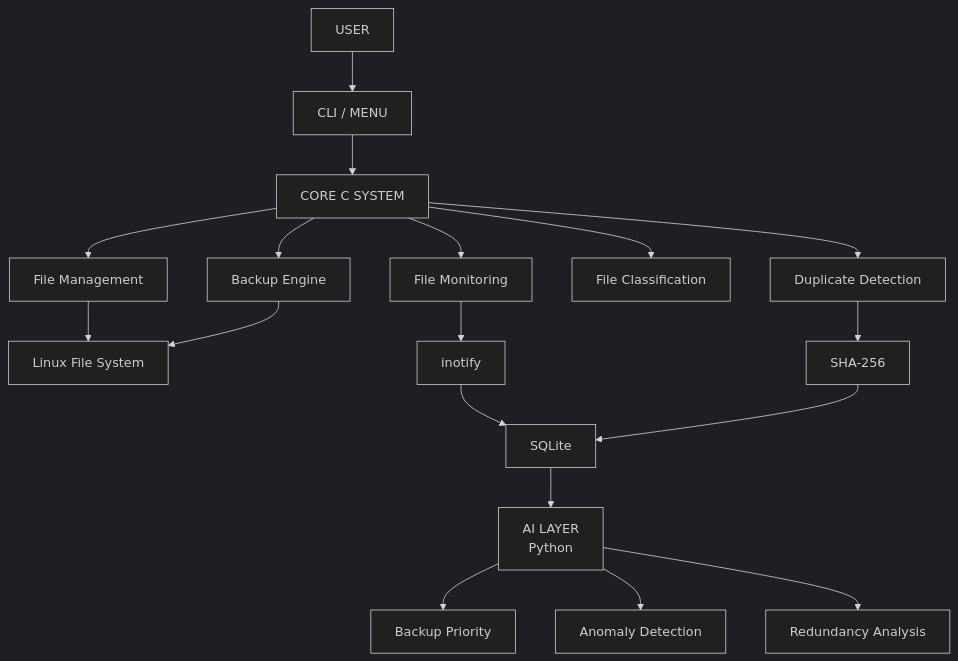
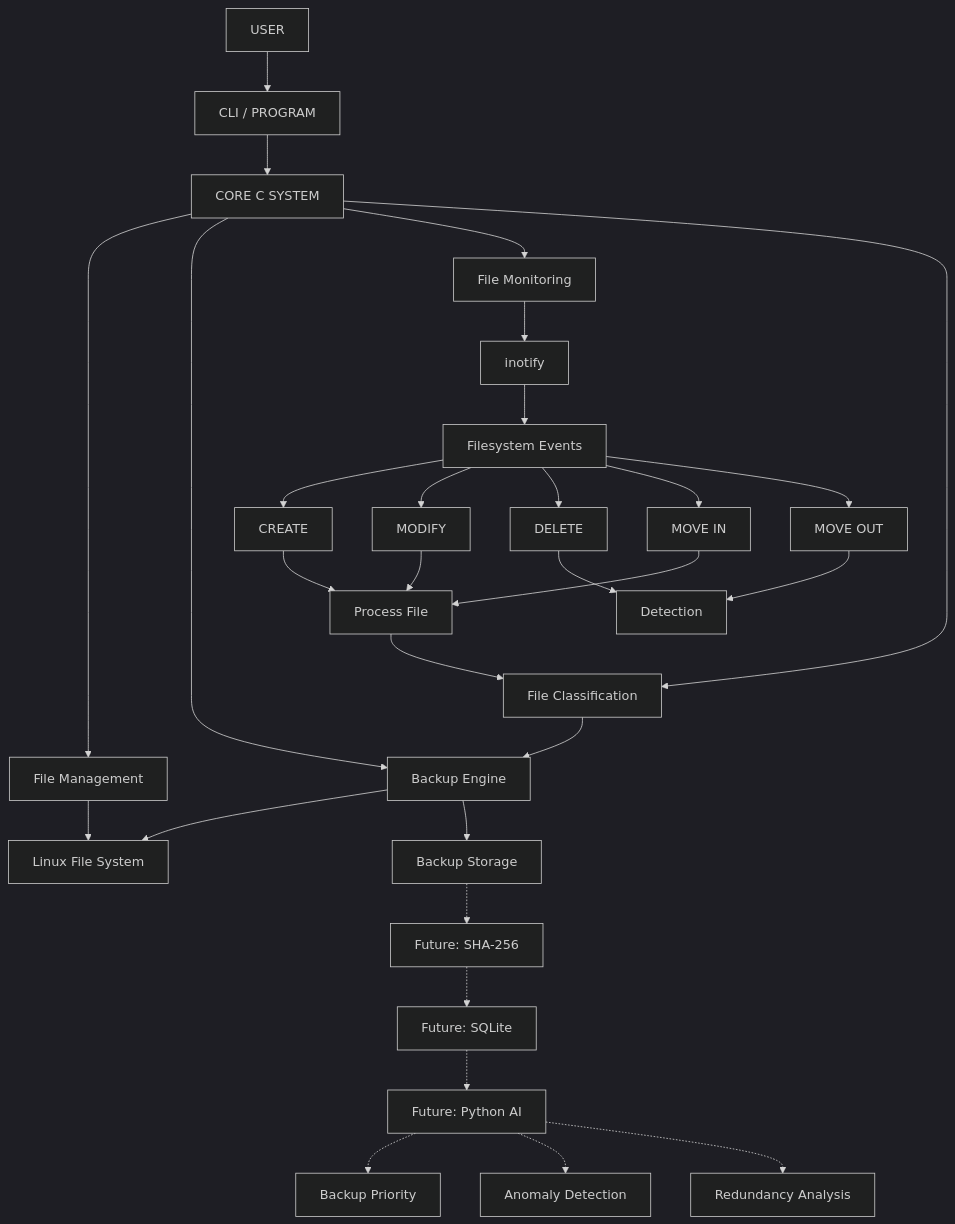
The second of 13 diagrams in README.md (khushi10-coder/OS-PROJECT), drawn with Mermaid (dark theme) before and after one commit. The commit also changed other lines of this file, not shown here.

````diff
--- a/README.md
+++ b/README.md
@@ -35,26 +57,43 @@
 ```mermaid
 flowchart TD
-    U["USER"] --> CLI["CLI / MENU"]
+    U["USER"] --> CLI["CLI / PROGRAM"]
 
     CLI --> CORE["CORE C SYSTEM"]
 
     CORE --> FM["File Management"]
     CORE --> BE["Backup Engine"]
     CORE --> MON["File Monitoring"]
     CORE --> FC["File Classification"]
-    CORE --> DD["Duplicate Detection"]
 
     FM --> FS["Linux File System"]
     BE --> FS
     MON --> IN["inotify"]
-    DD --> SHA["SHA-256"]
 
-    IN --> DB["SQLite"]
-    SHA --> DB
+    IN --> EVT["Filesystem Events"]
 
-    DB --> AI["AI LAYER<br/>Python"]
+    EVT --> CREATE["CREATE"]
+    EVT --> MODIFY["MODIFY"]
+    EVT --> DELETE["DELETE"]
+    EVT --> MOVEIN["MOVE IN"]
+    EVT --> MOVEOUT["MOVE OUT"]
 
-    AI --> BP["Backup Priority"]
-    AI --> AD["Anomaly Detection"]
-    AI --> RA["Redundancy Analysis"]
+    CREATE --> PROC["Process File"]
+    MODIFY --> PROC
+    MOVEIN --> PROC
+
+    DELETE --> DET["Detection"]
+    MOVEOUT --> DET
+
+    PROC --> FC
+    FC --> BE
+
+    BE --> BACKUP["Backup Storage"]
+
+    BACKUP -.-> SHA["Future: SHA-256"]
+    SHA -.-> DB["Future: SQLite"]
+    DB -.-> AI["Future: Python AI"]
+
+    AI -.-> BP["Backup Priority"]
+    AI -.-> AD["Anomaly Detection"]
+    AI -.-> RA["Redundancy Analysis"]
 ```
````
